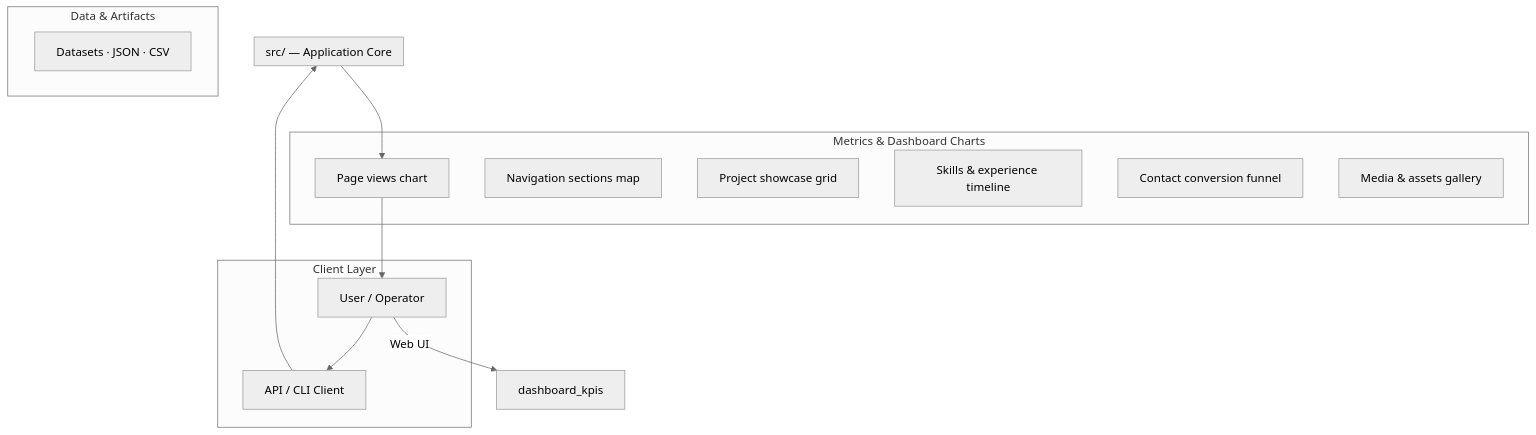
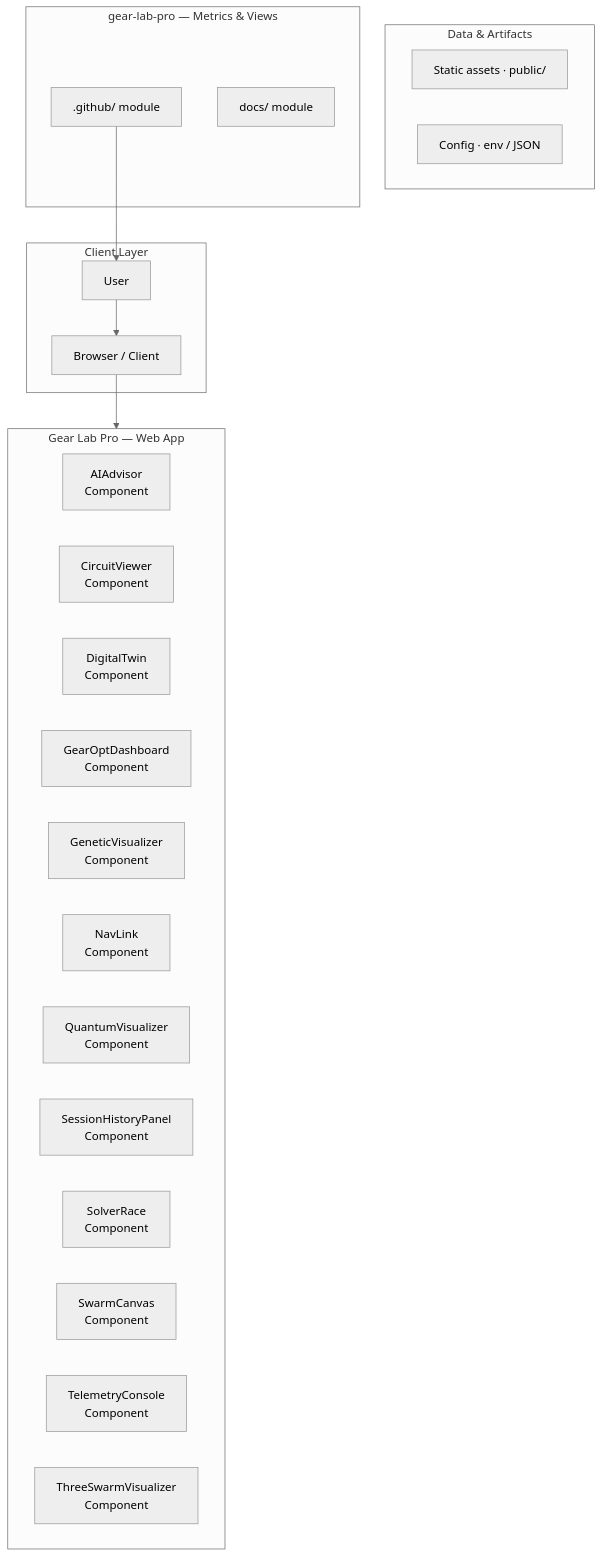
The first of 4 diagrams in README.md (Punyamittal/gear-lab-pro), drawn with Mermaid (neutral theme) before and after one commit. The commit also changed other lines of this file, not shown here.

````diff
--- a/README.md
+++ b/README.md
@@ -120,29 +100,36 @@
 ```mermaid
 graph TB
     subgraph Client["Client Layer"]
-        user["User / Operator"]
-        api_client["API / CLI Client"]
+        user["User"]
+        browser["Browser / Client"]
     end
 
-    subgraph Core["src/ — Application Core"]
+    subgraph Core["Gear Lab Pro — Web App"]
+        AIAdvisor["AIAdvisor<br/>Component"]
+        CircuitViewer["CircuitViewer<br/>Component"]
+        DigitalTwin["DigitalTwin<br/>Component"]
+        GearOptDashboard["GearOptDashboard<br/>Component"]
+        GeneticVisualizer["GeneticVisualizer<br/>Component"]
+        NavLink["NavLink<br/>Component"]
+        QuantumVisualizer["QuantumVisualizer<br/>Component"]
+        SessionHistoryPanel["SessionHistoryPanel<br/>Component"]
+        SolverRace["SolverRace<br/>Component"]
+        SwarmCanvas["SwarmCanvas<br/>Component"]
+        TelemetryConsole["TelemetryConsole<br/>Component"]
+        ThreeSwarmVisualizer["ThreeSwarmVisualizer<br/>Component"]
     end
 
     subgraph Data["Data & Artifacts"]
-        datasets["Datasets · JSON · CSV"]
+        assets["Static assets · public/"]
+        config["Config · env / JSON"]
     end
 
-    subgraph Charts["Metrics & Dashboard Charts"]
-        page_views["Page views chart"]
-        nav_sections["Navigation sections map"]
-        project_showcase["Project showcase grid"]
-        skills_timeline["Skills & experience timeline"]
-        contact_funnel["Contact conversion funnel"]
-        media_gallery["Media & assets gallery"]
+    subgraph Charts["gear-lab-pro — Metrics & Views"]
+        _github[".github/ module"]
+        docs["docs/ module"]
     end
 
-    user --> api_client
-    api_client --> Core
-    user -->|Web UI| dashboard_kpis
-    Core --> page_views
-    page_views --> user
+    user --> browser
+    browser --> Core
+    _github --> user
 ```
````
